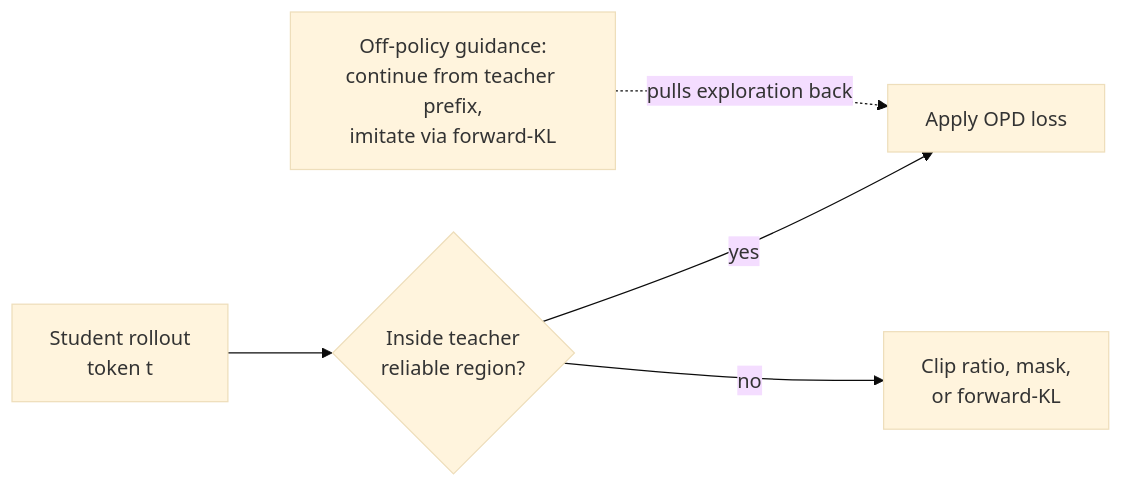
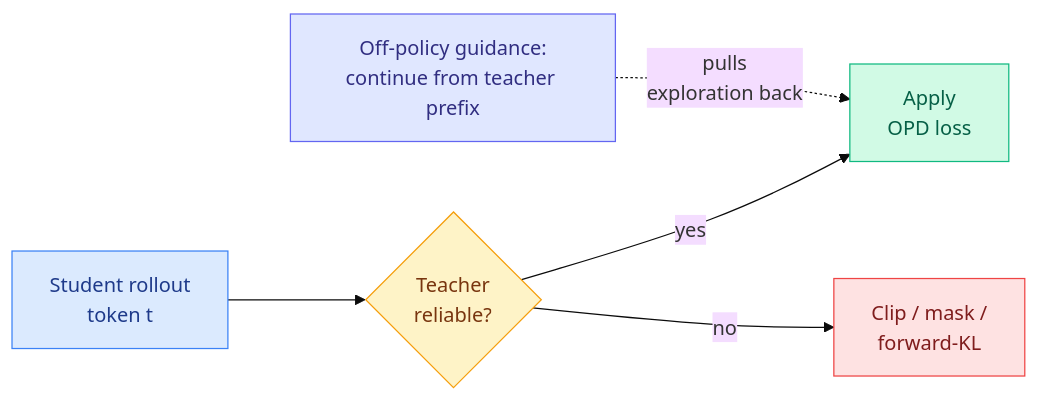
One commit to bayesiansapien/cere-bro changed the second of 7 diagrams in wiki/daily-digest/2026-06/2026-06-03.md. Above: the diagram before and after it, drawn with Mermaid (base theme).

Commit message:
wiki: update wiki/2026-06-03

````diff
--- a/wiki/daily-digest/2026-06/2026-06-03.md
+++ b/wiki/daily-digest/2026-06/2026-06-03.md
@@ -75,7 +75,17 @@
 ```mermaid
 flowchart LR
-  R[Student rollout<br/>token t] --> Check{Inside teacher<br/>reliable region?}
-  Check -->|yes| A[Apply OPD loss]
-  Check -->|no| C[Clip ratio, mask,<br/>or forward-KL]
-  T[Off-policy guidance:<br/>continue from teacher prefix,<br/>imitate via forward-KL] -.->|pulls exploration back| A
+  R[Student rollout<br/>token t] --> Check{Teacher<br/>reliable?}
+  Check -->|yes| A[Apply<br/>OPD loss]
+  Check -->|no| C[Clip / mask /<br/>forward-KL]
+  T[Off-policy guidance:<br/>continue from teacher prefix] -.->|pulls<br/>exploration back| A
+  classDef input fill:#dbeafe,stroke:#3b82f6,color:#1e3a8a
+  classDef decision fill:#fef3c7,stroke:#f59e0b,color:#78350f
+  classDef output fill:#d1fae5,stroke:#10b981,color:#065f46
+  classDef warn fill:#fee2e2,stroke:#ef4444,color:#7f1d1d
+  classDef aux fill:#e0e7ff,stroke:#6366f1,color:#312e81
+  class R input
+  class Check decision
+  class A output
+  class C warn
+  class T aux
 ```
````
